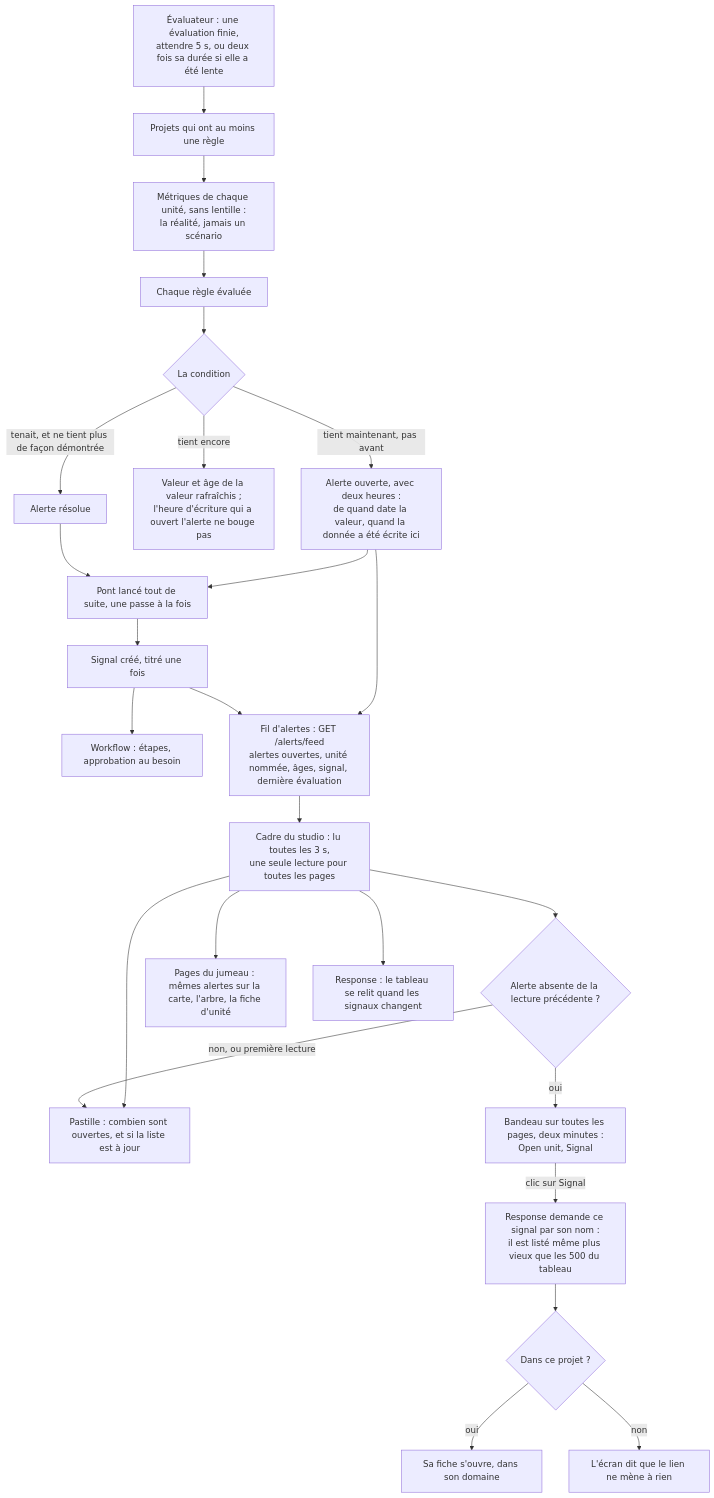
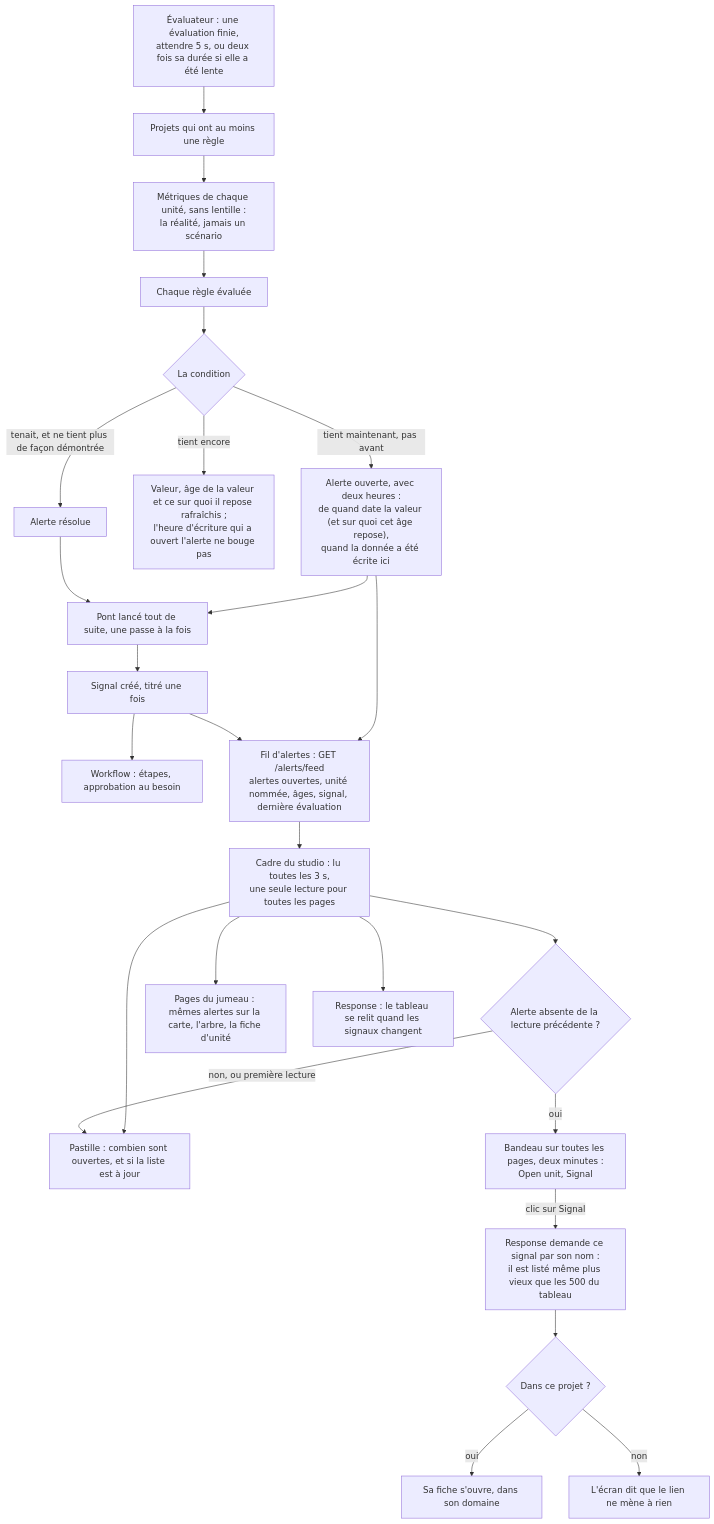
Diagram 27 of 30 in docs/algorithms.md (V1ktor7/obscyro), drawn with Mermaid before and after one commit. The commit also changed other lines of this file and 10 other files, not shown here.

First line of the commit message:
fix(alertes): l'âge d'une valeur dit ce qu'il vaut, plancher ou inconnu

````diff
--- a/docs/algorithms.md
+++ b/docs/algorithms.md
@@ -780,27 +780,27 @@
 ```mermaid
 flowchart TD
     A["Évaluateur : une évaluation finie,<br/>attendre 5 s, ou deux fois sa durée si elle a été lente"] --> B["Projets qui ont au moins une règle"]
     B --> C["Métriques de chaque unité, sans lentille :<br/>la réalité, jamais un scénario"]
     C --> D["Chaque règle évaluée"]
     D --> E{"La condition"}
-    E -->|"tient maintenant, pas avant"| F["Alerte ouverte, avec deux heures :<br/>de quand date la valeur, quand la donnée a été écrite ici"]
-    E -->|"tient encore"| F2["Valeur et âge de la valeur rafraîchis ;<br/>l'heure d'écriture qui a ouvert l'alerte ne bouge pas"]
+    E -->|"tient maintenant, pas avant"| F["Alerte ouverte, avec deux heures :<br/>de quand date la valeur (et sur quoi cet âge repose),<br/>quand la donnée a été écrite ici"]
+    E -->|"tient encore"| F2["Valeur, âge de la valeur et ce sur quoi il repose rafraîchis ;<br/>l'heure d'écriture qui a ouvert l'alerte ne bouge pas"]
     E -->|"tenait, et ne tient plus de façon démontrée"| G["Alerte résolue"]
     F --> H["Pont lancé tout de suite, une passe à la fois"]
     G --> H
     H --> I["Signal créé, titré une fois"]
     I --> J["Workflow : étapes, approbation au besoin"]
     F --> K["Fil d'alertes : GET /alerts/feed<br/>alertes ouvertes, unité nommée, âges, signal, dernière évaluation"]
     I --> K
     K --> L["Cadre du studio : lu toutes les 3 s,<br/>une seule lecture pour toutes les pages"]
     L --> M["Pastille : combien sont ouvertes, et si la liste est à jour"]
     L --> N{"Alerte absente de la lecture précédente ?"}
     N -->|"oui"| O["Bandeau sur toutes les pages, deux minutes :<br/>Open unit, Signal"]
     N -->|"non, ou première lecture"| M
     L --> P["Pages du jumeau : mêmes alertes sur la carte, l'arbre, la fiche d'unité"]
     L --> Q["Response : le tableau se relit quand les signaux changent"]
     O -->|"clic sur Signal"| R["Response demande ce signal par son nom :<br/>il est listé même plus vieux que les 500 du tableau"]
     R --> S{"Dans ce projet ?"}
     S -->|"oui"| T["Sa fiche s'ouvre, dans son domaine"]
     S -->|"non"| U["L'écran dit que le lien ne mène à rien"]
 ```
````
